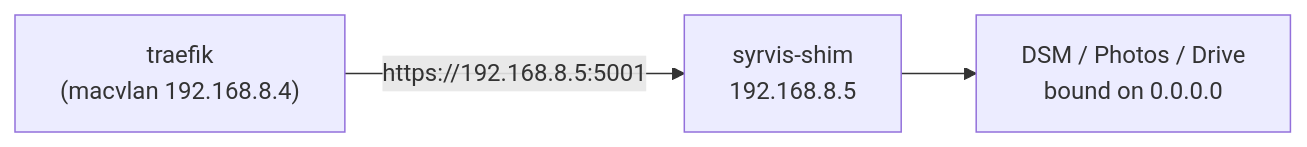
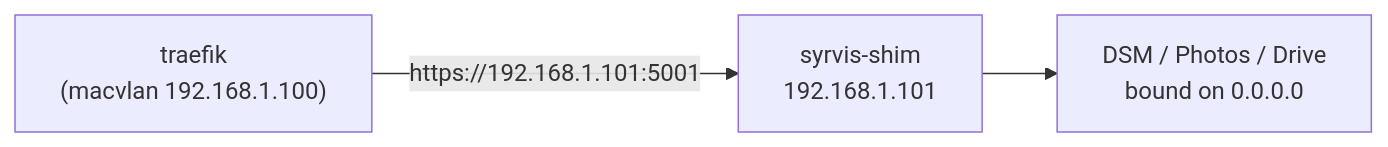
One commit to kevinteg/SyrvisCore changed the second of 8 diagrams in docs/wiki/03-networking.md. Above: the diagram before and after it, drawn with Mermaid. The commit also changed other lines of this file and 16 other files, not shown here.

````diff
--- a/docs/wiki/03-networking.md
+++ b/docs/wiki/03-networking.md
@@ -64,5 +64,5 @@
 ```mermaid
 flowchart LR
-    t["traefik<br/>(macvlan 192.168.8.4)"] -->|"https://192.168.8.5:5001"| shim["syrvis-shim<br/>192.168.8.5"]
+    t["traefik<br/>(macvlan 192.168.1.100)"] -->|"https://192.168.1.101:5001"| shim["syrvis-shim<br/>192.168.1.101"]
     shim --> dsm["DSM / Photos / Drive<br/>bound on 0.0.0.0"]
 ```
````
